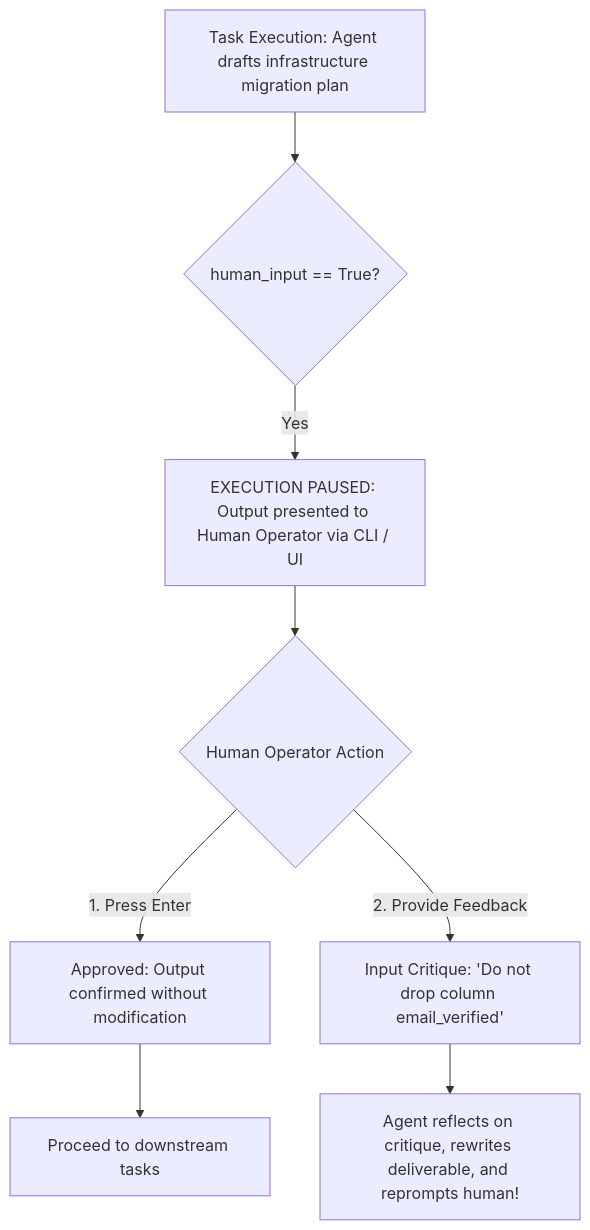
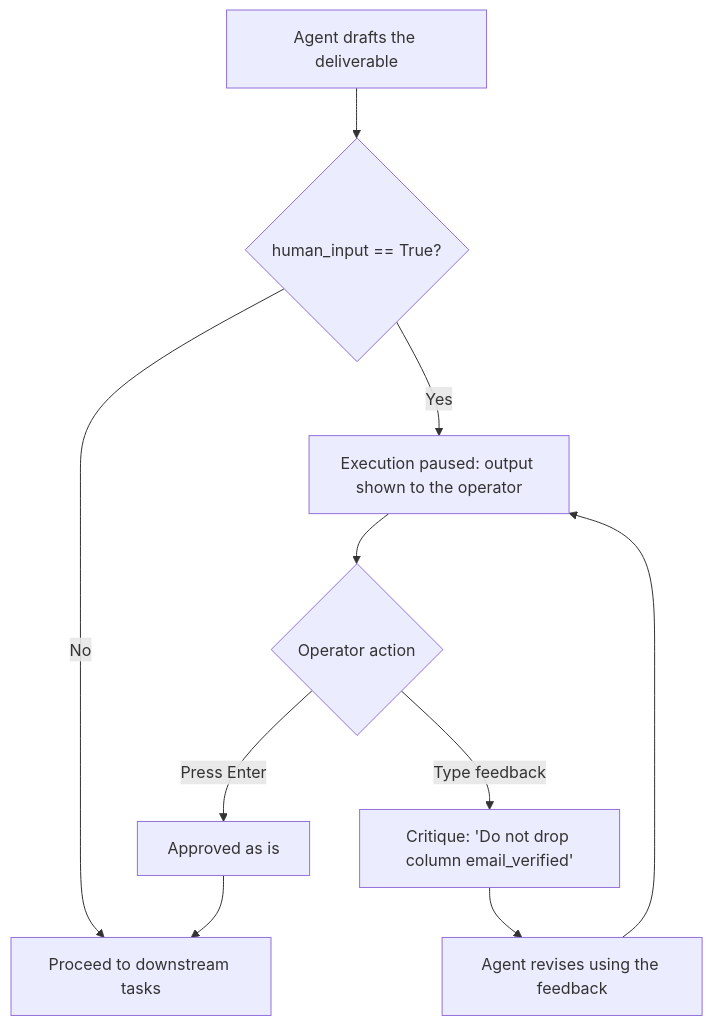
Before and after one commit to TheLearningHubOrg/learn-crewai: diagram 15 of 27 in README.md, drawn with Mermaid. The commit also changed other lines of this file and 32 other files, not shown here.

````diff
--- a/README.md
+++ b/README.md
@@ -381,13 +1152,12 @@
 ```mermaid
 flowchart TD
-    TaskExec["Task Execution: Agent drafts infrastructure migration plan"] --> PromptCheck{"human_input == True?"}
-    
-    PromptCheck -- "Yes" --> Pause["EXECUTION PAUSED: Output presented to Human Operator via CLI / UI"]
-    
-    Pause --> HumanDecision{"Human Operator Action"}
-    HumanDecision -- "1. Press Enter" --> Approved["Approved: Output confirmed without modification"]
-    HumanDecision -- "2. Provide Feedback" --> Feedback["Input Critique: 'Do not drop column email_verified'"]
-    
-    Feedback --> Iterate["Agent reflects on critique, rewrites deliverable, and reprompts human!"]
-    Approved --> NextTask["Proceed to downstream tasks"]
+    TaskExec["Agent drafts the deliverable"] --> PromptCheck{"human_input == True?"}
+    PromptCheck -- "No" --> NextTask["Proceed to downstream tasks"]
+    PromptCheck -- "Yes" --> Pause["Execution paused: output shown to the operator"]
+    Pause --> HumanDecision{"Operator action"}
+    HumanDecision -- "Press Enter" --> Approved["Approved as is"]
+    HumanDecision -- "Type feedback" --> Feedback["Critique: 'Do not drop column email_verified'"]
+    Feedback --> Iterate["Agent revises using the feedback"]
+    Iterate --> Pause
+    Approved --> NextTask
 ```
````
